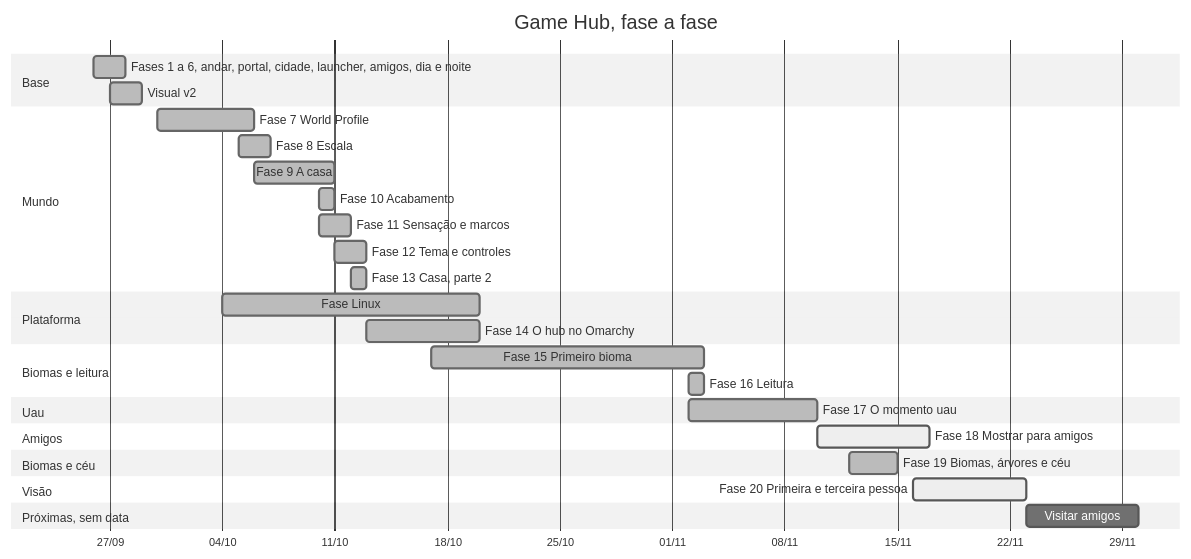
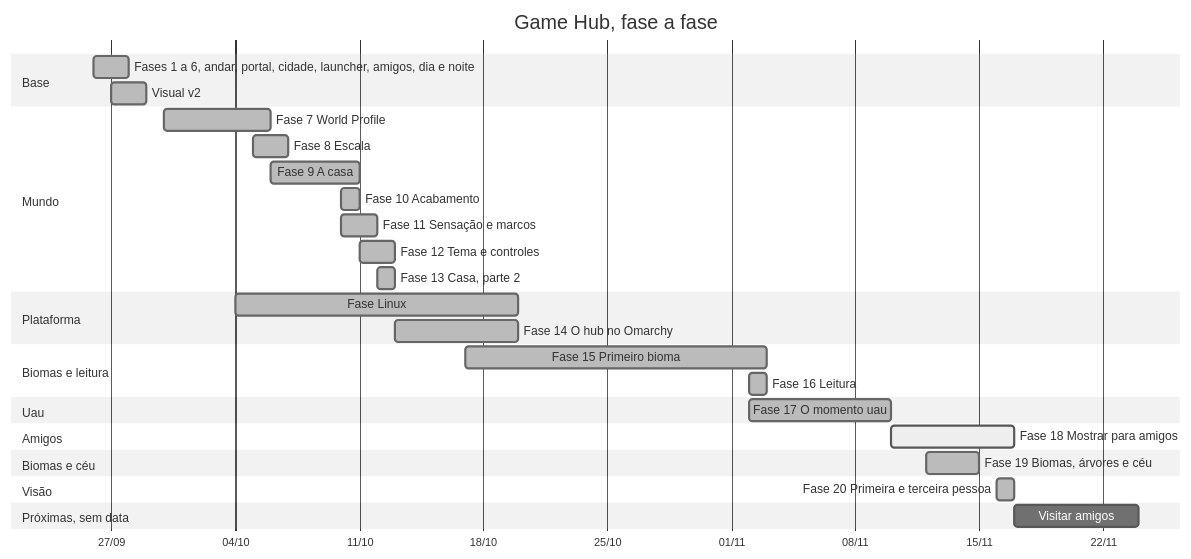
Before and after one commit to guitavaress/game-hub: the diagram in docs/Início.md, drawn with Mermaid (neutral theme). The commit also changed other lines of this file and 3 other files, not shown here.

````diff
--- a/docs/Início.md
+++ b/docs/Início.md
@@ -57,42 +57,42 @@
 ```mermaid
 gantt
     title Game Hub, fase a fase
     dateFormat YYYY-MM-DD
     axisFormat %d/%m
 
     section Base
     Fases 1 a 6, andar, portal, cidade, launcher, amigos, dia e noite :done, f1, 2026-09-26, 2026-09-28
     Visual v2                        :done, v2, 2026-09-27, 2026-09-29
 
     section Mundo
     Fase 7 World Profile             :done, f7, 2026-09-30, 2026-10-06
     Fase 8 Escala                    :done, f8, 2026-10-05, 2026-10-07
     Fase 9 A casa                    :done, f9, 2026-10-06, 2026-10-11
     Fase 10 Acabamento               :done, f10, 2026-10-10, 2026-10-11
     Fase 11 Sensação e marcos        :done, f11, 2026-10-10, 2026-10-12
     Fase 12 Tema e controles         :done, f12, 2026-10-11, 2026-10-13
     Fase 13 Casa, parte 2            :done, f13, 2026-10-12, 2026-10-13
 
     section Plataforma
     Fase Linux                       :done, fl, 2026-10-04, 2026-10-20
     Fase 14 O hub no Omarchy         :done, f14, 2026-10-13, 2026-10-20
 
     section Biomas e leitura
     Fase 15 Primeiro bioma           :done, f15, 2026-10-17, 2026-11-03
     Fase 16 Leitura                  :done, f16, 2026-11-02, 2026-11-03
 
     section Uau
     Fase 17 O momento uau            :done, f17, 2026-11-02, 2026-11-10
 
     section Amigos
     Fase 18 Mostrar para amigos      :active, f18, 2026-11-10, 7d
 
     section Biomas e céu
     Fase 19 Biomas, árvores e céu    :done, f19, 2026-11-12, 2026-11-15
 
     section Visão
-    Fase 20 Primeira e terceira pessoa :active, f20, 2026-11-16, 7d
+    Fase 20 Primeira e terceira pessoa :done, f20, 2026-11-16, 1d
 
     section Próximas, sem data
     Visitar amigos                   :u4, after f20, 7d
 ```
````
